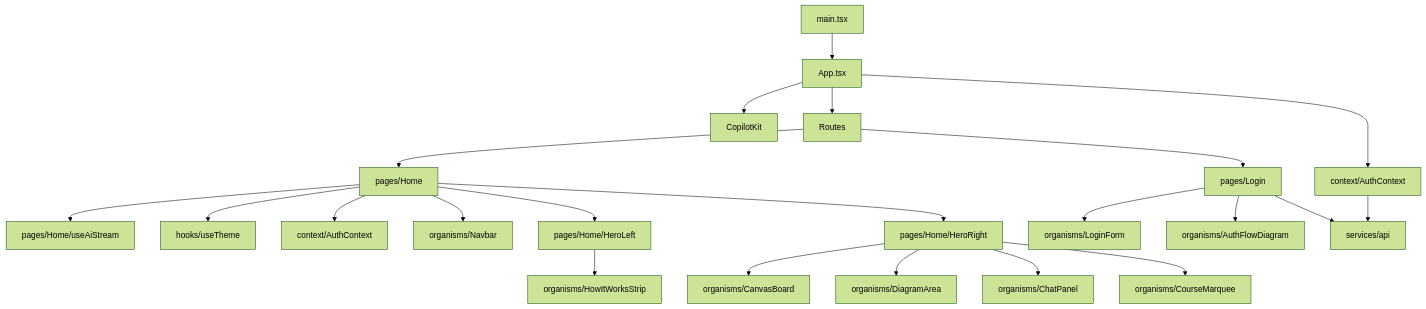
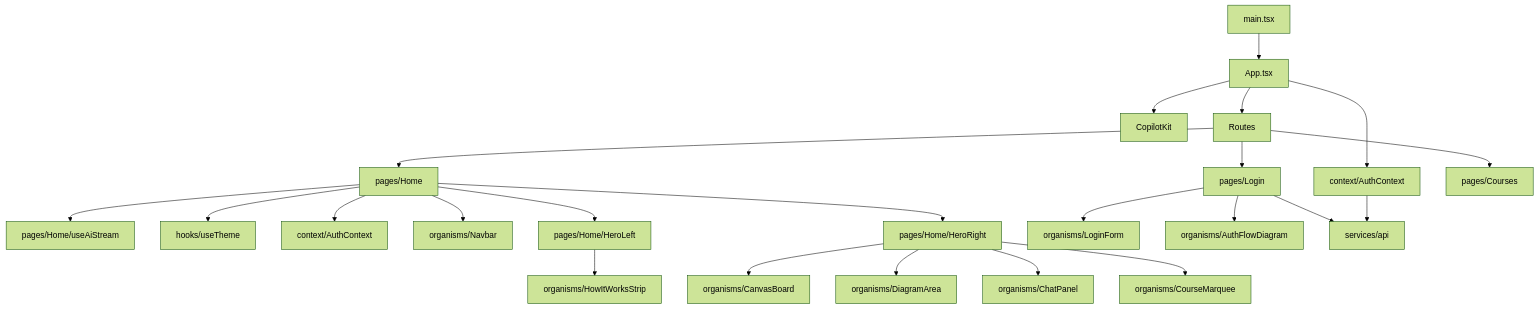
The diagram in hannibal-vault/frontend/00 - Frontend Overview.md (dhruva-nu/Project-hannibal), drawn with Mermaid (forest theme) before and after one commit. The commit also changed other lines of this file and 17 other files, not shown here.

````diff
--- a/hannibal-vault/frontend/00 - Frontend Overview.md
+++ b/hannibal-vault/frontend/00 - Frontend Overview.md
@@ -15,29 +15,30 @@
 ```mermaid
 flowchart TD
     main[main.tsx] --> App[App.tsx]
     App --> AuthProvider[context/AuthContext]
     App --> CopilotKit
     App --> Routes
     Routes --> Login[pages/Login]
     Routes --> Home[pages/Home]
+    Routes --> Courses[pages/Courses]
 
     Home --> useAiStream[pages/Home/useAiStream]
     Home --> useTheme[hooks/useTheme]
     Home --> useAuth[context/AuthContext]
     Home --> Navbar[organisms/Navbar]
     Home --> HeroLeft[pages/Home/HeroLeft]
     Home --> HeroRight[pages/Home/HeroRight]
 
     Login --> LoginForm[organisms/LoginForm]
     Login --> AuthFlowDiagram[organisms/AuthFlowDiagram]
     Login --> api[services/api]
 
     AuthProvider --> api
 
     HeroRight --> CanvasBoard[organisms/CanvasBoard]
     HeroRight --> DiagramArea[organisms/DiagramArea]
     HeroRight --> ChatPanel[organisms/ChatPanel]
     HeroRight --> CourseMarquee[organisms/CourseMarquee]
 
     HeroLeft --> HowItWorksStrip[organisms/HowItWorksStrip]
 ```
````
